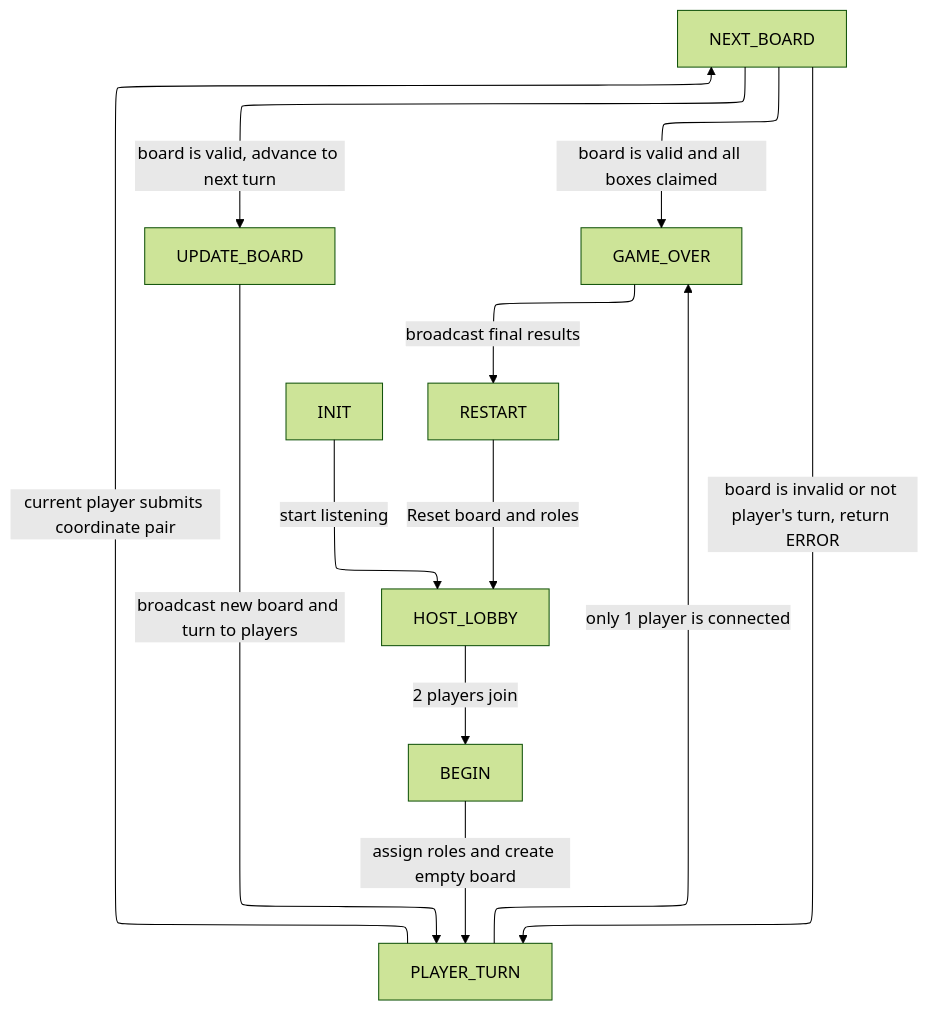
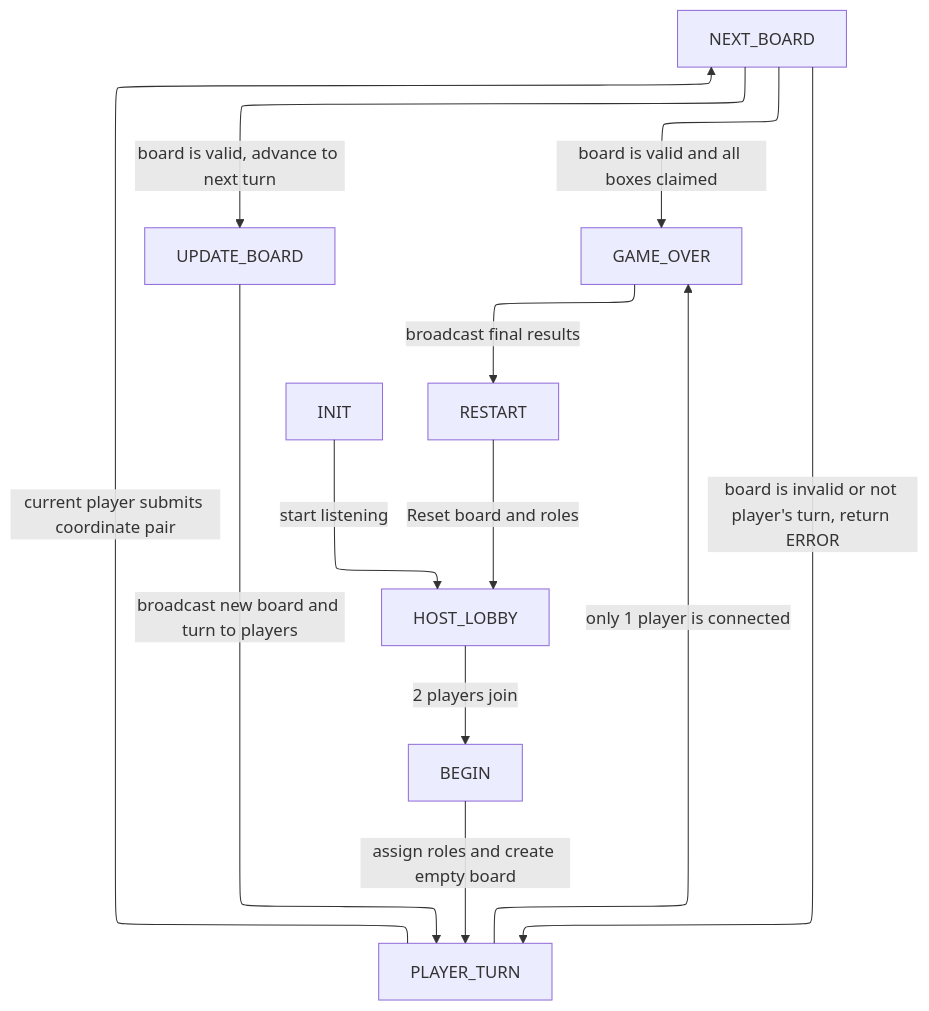
The diagram in fsm_specification.md (pinecakes/dnb457), drawn with Mermaid before and after one commit.

Commit message:
Removed unreadable mermaid theme

````diff
--- a/fsm_specification.md
+++ b/fsm_specification.md
@@ -1,20 +1,19 @@
 ```mermaid
 ---
 config:
   look: classic
-  theme: forest
   layout: elk
 ---
 flowchart TB
     A["INIT"] -- start listening --> B["HOST_LOBBY"]
     B -- 2 players join --> C["BEGIN"]
     C -- assign roles and create empty board --> D["PLAYER_TURN"]
     D -- current player submits coordinate pair --> E["NEXT_BOARD"]
     E -- board is valid, advance to next turn --> H["UPDATE_BOARD"]
     H -- broadcast new board and turn to players --> D
     E -- board is invalid or not player's turn, return ERROR --> D
     E -- board is valid and all boxes claimed --> F["GAME_OVER"]
     D -- only 1 player is connected --> F
     F -- broadcast final results --> G["RESTART"]
     G -- Reset board and roles --> B
 ```
````
